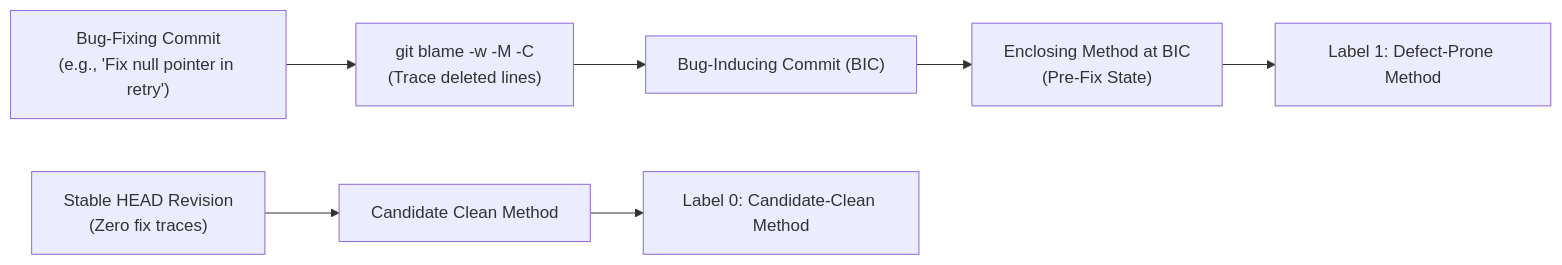
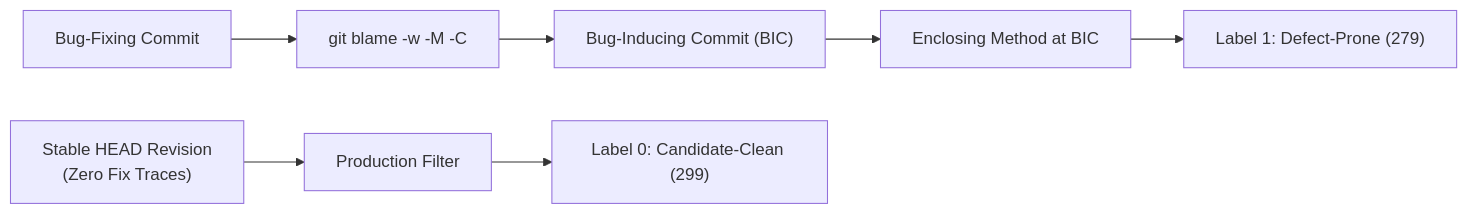
The diagram in Year2_Semester1_ComputationalIntelligenceSoftwareEngineering/CISE_Project2/6_Presentation/04_DatasetAndMethodology.md (BogdanCTU/Applied-Computational-Intelligence-UBB), drawn with Mermaid before and after one commit. The commit also changed other lines of this file and 18 other files, not shown here.

````diff
--- a/Year2_Semester1_ComputationalIntelligenceSoftwareEngineering/CISE_Project2/6_Presentation/04_DatasetAndMethodology.md
+++ b/Year2_Semester1_ComputationalIntelligenceSoftwareEngineering/CISE_Project2/6_Presentation/04_DatasetAndMethodology.md
@@ -23,10 +34,10 @@
 ```mermaid
 flowchart LR
-    FixCommit["Bug-Fixing Commit<br/>(e.g., 'Fix null pointer in retry')"] --> Blame["git blame -w -M -C<br/>(Trace deleted lines)"]
+    FixCommit["Bug-Fixing Commit"] --> Blame["git blame -w -M -C"]
     Blame --> BIC["Bug-Inducing Commit (BIC)"]
-    BIC --> PreFix["Enclosing Method at BIC<br/>(Pre-Fix State)"]
-    PreFix --> Label1["Label 1: Defect-Prone Method"]
+    BIC --> PreFix["Enclosing Method at BIC"]
+    PreFix --> Label1["Label 1: Defect-Prone (279)"]
     
-    HEAD["Stable HEAD Revision<br/>(Zero fix traces)"] --> Clean["Candidate Clean Method"]
-    Clean --> Label0["Label 0: Candidate-Clean Method"]
+    HEAD["Stable HEAD Revision<br/>(Zero Fix Traces)"] --> Clean["Production Filter"]
+    Clean --> Label0["Label 0: Candidate-Clean (299)"]
 ```
````
